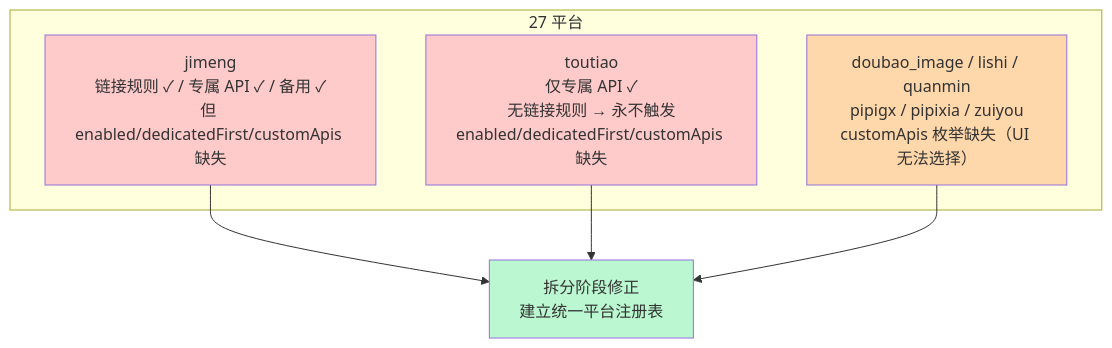
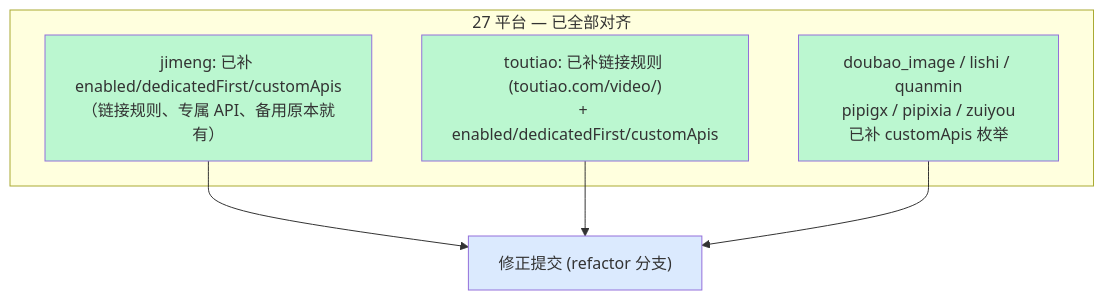
One commit to char-46/koishi-plugin-video-parser-all changed the second of 2 diagrams in docs/platforms/README.md. Above: the diagram before and after it, drawn with Mermaid. The commit also changed other lines of this file and 10 other files, not shown here.

````diff
--- a/docs/platforms/README.md
+++ b/docs/platforms/README.md
@@ -76,16 +78,16 @@
 ```mermaid
 flowchart TB
-    subgraph P["27 平台"]
-        J["jimeng<br/>链接规则 ✓ / 专属 API ✓ / 备用 ✓<br/>但 enabled/dedicatedFirst/customApis 缺失"]
-        T["toutiao<br/>仅专属 API ✓<br/>无链接规则 → 永不触发<br/>enabled/dedicatedFirst/customApis 缺失"]
-        D["doubao_image / lishi / quanmin<br/>pipigx / pipixia / zuiyou<br/>customApis 枚举缺失（UI 无法选择）"]
+    subgraph P["27 平台 — 已全部对齐"]
+        J["jimeng: 已补 enabled/dedicatedFirst/customApis<br/>（链接规则、专属 API、备用原本就有）"]
+        T["toutiao: 已补链接规则 (toutiao.com/video/)<br/>+ enabled/dedicatedFirst/customApis"]
+        D["doubao_image / lishi / quanmin<br/>pipigx / pipixia / zuiyou<br/>已补 customApis 枚举"]
     end
-    Fix["拆分阶段修正<br/>建立统一平台注册表"]
+    Fix["修正提交 (refactor 分支)"]
     J --> Fix
     T --> Fix
     D --> Fix
-    style J fill:#fecaca
-    style T fill:#fecaca
-    style D fill:#fed7aa
-    style Fix fill:#bbf7d0
+    style J fill:#bbf7d0
+    style T fill:#bbf7d0
+    style D fill:#bbf7d0
+    style Fix fill:#dbeafe
 ```
````
